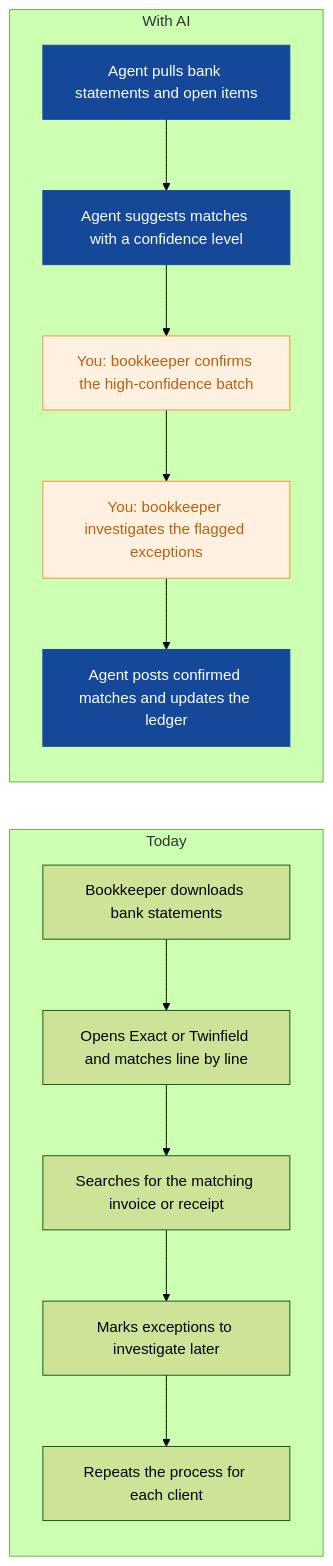
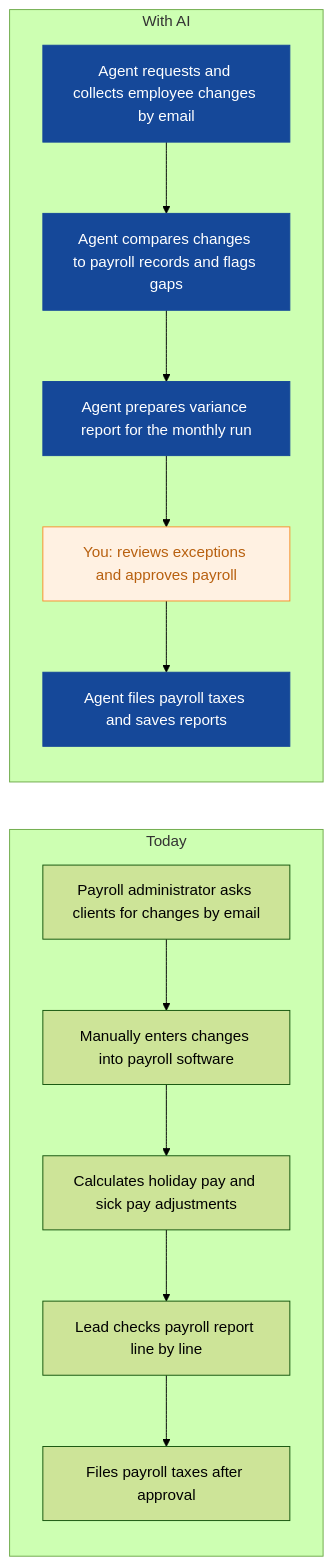
The fifth of 9 diagrams in strategies/brightwater-accountancy.md (nexibeo/Complete-AI-Strategy), drawn with Mermaid (forest theme) before and after one commit. The commit also changed other lines of this file and 26 other files, not shown here.

````diff
--- a/strategies/brightwater-accountancy.md
+++ b/strategies/brightwater-accountancy.md
@@ -164,23 +169,23 @@
 ```mermaid
 flowchart LR
   subgraph Today
-    B0["Bookkeeper downloads bank statements"]
-    B1["Opens Exact or Twinfield and matches line by line"]
-    B2["Searches for the matching invoice or receipt"]
-    B3["Marks exceptions to investigate later"]
-    B4["Repeats the process for each client"]
+    B0["Payroll administrator asks clients for changes by email"]
+    B1["Manually enters changes into payroll software"]
+    B2["Calculates holiday pay and sick pay adjustments"]
+    B3["Lead checks payroll report line by line"]
+    B4["Files payroll taxes after approval"]
     B0 --> B1 --> B2 --> B3 --> B4
   end
   subgraph WithAI[With AI]
-    A0["Agent pulls bank statements and open items"]
-    A1["Agent suggests matches with a confidence level"]
-    A2["You: bookkeeper confirms the high-confidence batch"]
-    A3["You: bookkeeper investigates the flagged exceptions"]
-    A4["Agent posts confirmed matches and updates the ledger"]
+    A0["Agent requests and collects employee changes by email"]
+    A1["Agent compares changes to payroll records and flags gaps"]
+    A2["Agent prepares variance report for the monthly run"]
+    A3["You: reviews exceptions and approves payroll"]
+    A4["Agent files payroll taxes and saves reports"]
     A0 --> A1 --> A2 --> A3 --> A4
   end
   classDef ai fill:#154899,color:#fff,stroke:#154899
   classDef human fill:#FFF1E2,color:#B8600F,stroke:#F98F2C
-  class A0,A1,A4 ai
-  class A2,A3 human
+  class A0,A1,A2,A4 ai
+  class A3 human
 ```
````
